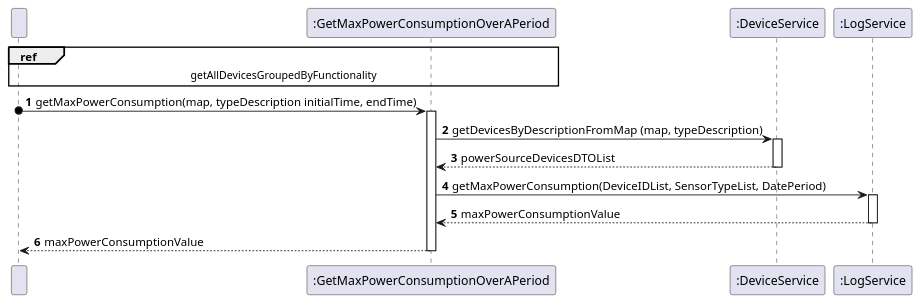
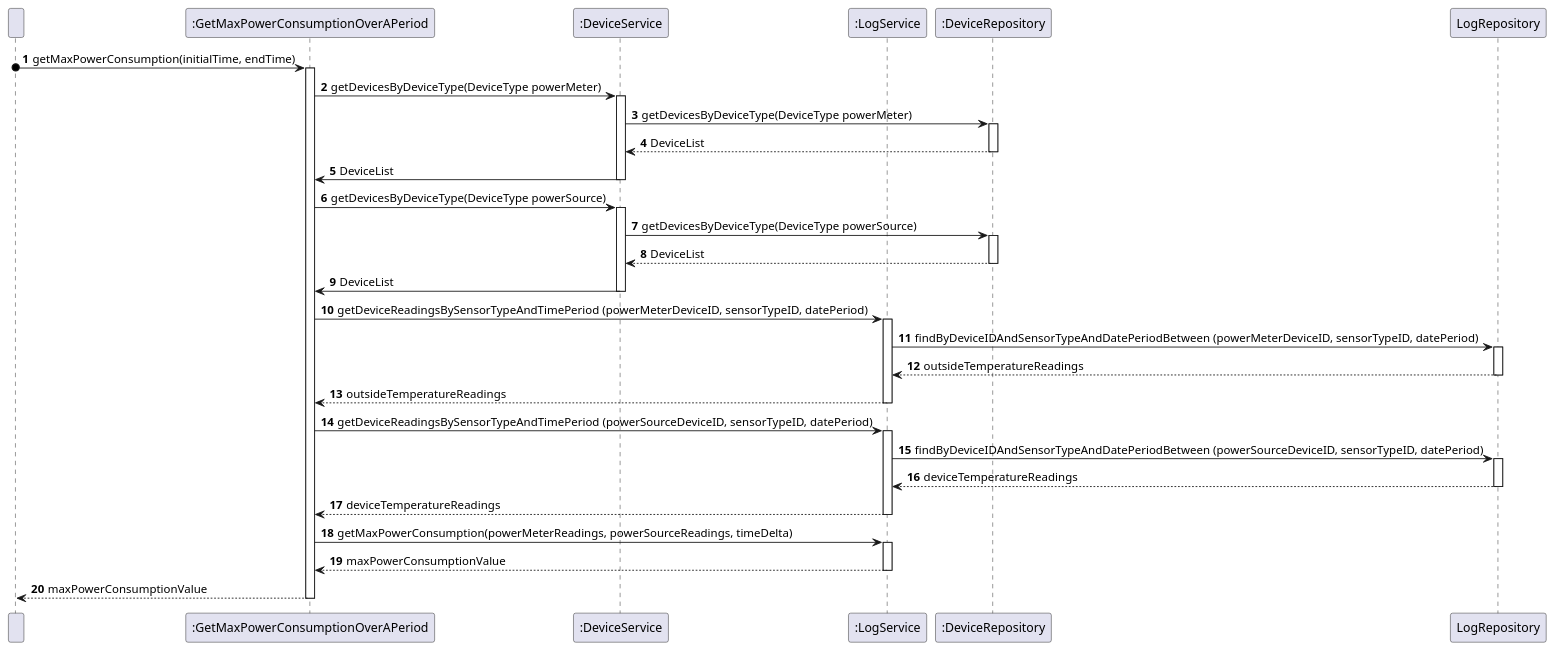
One commit to olivDiogo/SmartHome changed the diagram in docs/useCases/uc14_toGetMaxPowerConsumptionOverAPeriod/artifacts/uc14_SD.puml. Above: the diagram before and after it, drawn with PlantUML. The commit also changed 1 other file, not shown here.

Commit message:
#450 updated SD and SSD diagrams

```diff
--- a/docs/useCases/uc14_toGetMaxPowerConsumptionOverAPeriod/artifacts/uc14_SD.puml
+++ b/docs/useCases/uc14_toGetMaxPowerConsumptionOverAPeriod/artifacts/uc14_SD.puml
@@ -1,38 +1,101 @@
 @startuml
 'https://plantuml.com/sequence-diagram
 
 participant " " as User
 participant Controller as ":GetMaxPowerConsumptionOverAPeriod"
 participant DeviceService as ":DeviceService"
 participant LogService as ":LogService"
+participant DeviceRepository as ":DeviceRepository"
 
 autonumber
 
-ref over User, Controller: getAllDevicesGroupedByFunctionality
-
-User o-> Controller: getMaxPowerConsumption(map, typeDescription initialTime, endTime)
+User o-> Controller: getMaxPowerConsumption(initialTime, endTime)
 
 activate Controller
 
-Controller -> DeviceService: getDevicesByDescriptionFromMap (map, typeDescription)
+Controller -> DeviceService: getDevicesByDeviceType(DeviceType powerMeter)
 
 activate DeviceService
 
-DeviceService --> Controller: powerSourceDevicesDTOList
+DeviceService -> DeviceRepository: getDevicesByDeviceType(DeviceType powerMeter)
+
+activate DeviceRepository
+
+DeviceRepository --> DeviceService: DeviceList
+
+deactivate DeviceRepository
+
+DeviceService -> Controller: DeviceList
 
 deactivate DeviceService
 
-Controller -> LogService: getMaxPowerConsumption(DeviceIDList, SensorTypeList, DatePeriod)
+'--------------------------------------------'
+
+Controller -> DeviceService: getDevicesByDeviceType(DeviceType powerSource)
+
+activate DeviceService
+
+DeviceService -> DeviceRepository: getDevicesByDeviceType(DeviceType powerSource)
+
+activate DeviceRepository
+
+DeviceRepository --> DeviceService: DeviceList
+
+deactivate DeviceRepository
+
+DeviceService -> Controller: DeviceList
+
+deactivate DeviceService
+
+'--------------------------------------------'
+
+Controller -> LogService: getDeviceReadingsBySensorTypeAndTimePeriod (powerMeterDeviceID, sensorTypeID, datePeriod)
+
+activate LogService
+
+LogService -> LogRepository: findByDeviceIDAndSensorTypeAndDatePeriodBetween (powerMeterDeviceID, sensorTypeID, datePeriod)
+
+activate LogRepository
+
+LogRepository --> LogService: outsideTemperatureReadings
+
+deactivate LogRepository
+
+LogService --> Controller: outsideTemperatureReadings
+
+deactivate LogService
+
+Controller -> LogService: getDeviceReadingsBySensorTypeAndTimePeriod (powerSourceDeviceID, sensorTypeID, datePeriod)
+
+'--------------------------------------------'
+
+activate LogService
+
+LogService -> LogRepository: findByDeviceIDAndSensorTypeAndDatePeriodBetween (powerSourceDeviceID, sensorTypeID, datePeriod)
+
+activate LogRepository
+
+LogRepository --> LogService: deviceTemperatureReadings
+
+deactivate LogRepository
+
+LogService --> Controller: deviceTemperatureReadings
+
+deactivate LogService
+
+Controller -> LogService: getMaxPowerConsumption(powerMeterReadings, powerSourceReadings, timeDelta)
+
+'--------------------------------------------'
 
 activate LogService
 
 LogService --> Controller: maxPowerConsumptionValue
 
 deactivate LogService
 
 Controller --> User: maxPowerConsumptionValue
 
 
 deactivate Controller
 
 @enduml
```
